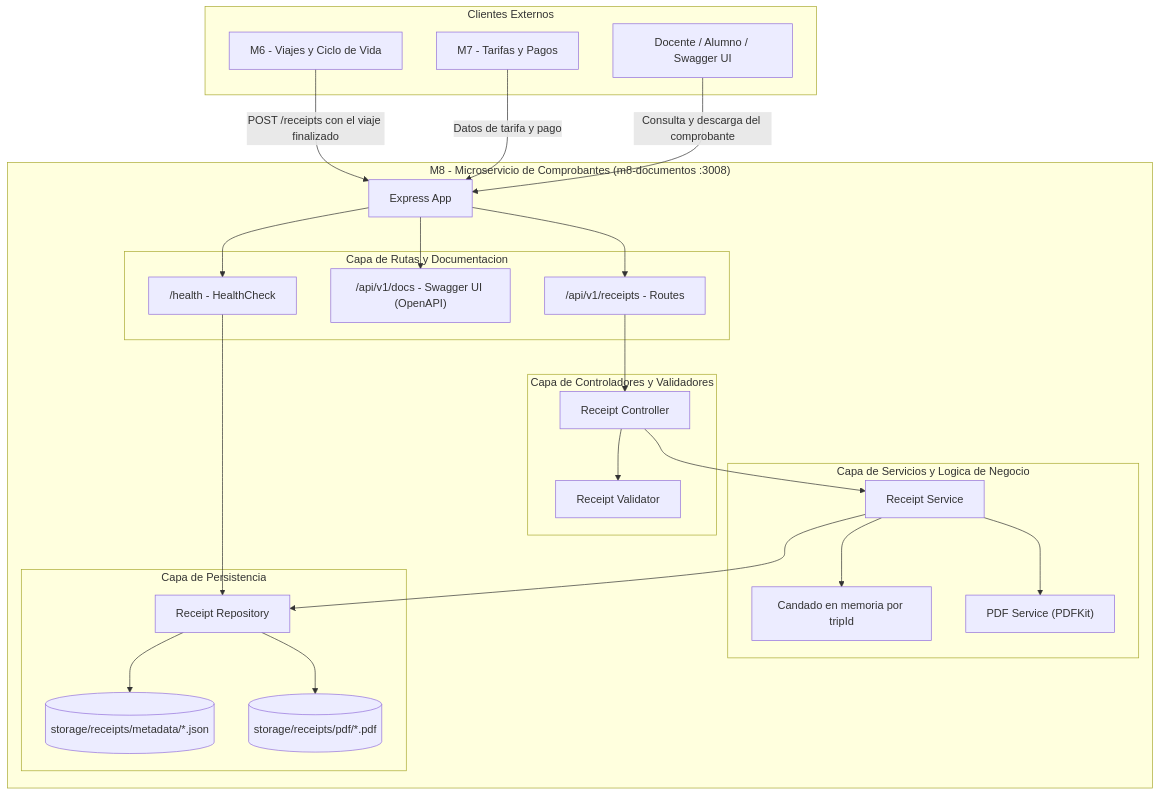
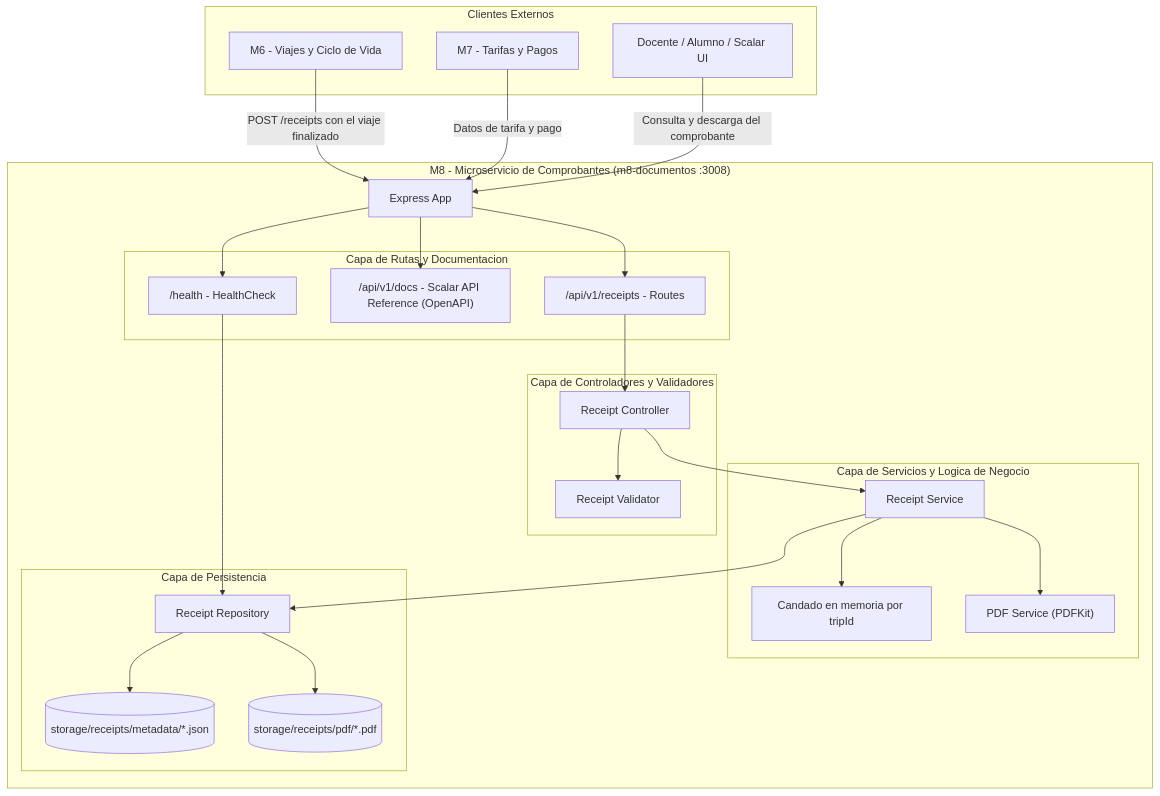
The first of 2 diagrams in m8-documentos/docs/arquitectura/componentes-m8.md (cuencadelplata/p3-ae1-2026), drawn with Mermaid before and after one commit. The commit also changed other lines of this file and 2 other files, not shown here.

Commit message:
doc:Modificando documentacion Swagger -> Scalar

````diff
--- a/m8-documentos/docs/arquitectura/componentes-m8.md
+++ b/m8-documentos/docs/arquitectura/componentes-m8.md
@@ -12,56 +12,56 @@
 ```mermaid
 graph TD
     subgraph EXT["Clientes Externos"]
         M6["M6 - Viajes y Ciclo de Vida"]
         M7["M7 - Tarifas y Pagos"]
-        DOC["Docente / Alumno / Swagger UI"]
+        DOC["Docente / Alumno / Scalar UI"]
     end
 
     subgraph M8["M8 - Microservicio de Comprobantes (m8-documentos :3008)"]
         HTTP["Express App"]
 
         subgraph RUTAS["Capa de Rutas y Documentacion"]
             R_REC["/api/v1/receipts - Routes"]
-            R_DOC["/api/v1/docs - Swagger UI (OpenAPI)"]
+            R_DOC["/api/v1/docs - Scalar API Reference (OpenAPI)"]
             R_HLT["/health - HealthCheck"]
         end
 
         subgraph CTRLS["Capa de Controladores y Validadores"]
             CTRL["Receipt Controller"]
             VAL["Receipt Validator"]
         end
 
         subgraph SRVS["Capa de Servicios y Logica de Negocio"]
             SRV["Receipt Service"]
             LOCK["Candado en memoria por tripId"]
             PDF_SRV["PDF Service (PDFKit)"]
         end
 
         subgraph PERS["Capa de Persistencia"]
             REPO["Receipt Repository"]
             FS_META[("storage/receipts/metadata/*.json")]
             FS_PDF[("storage/receipts/pdf/*.pdf")]
         end
     end
 
     M6 -->|"POST /receipts con el viaje finalizado"| HTTP
     M7 -->|"Datos de tarifa y pago"| HTTP
     DOC -->|"Consulta y descarga del comprobante"| HTTP
 
     HTTP --> R_REC
     HTTP --> R_DOC
     HTTP --> R_HLT
 
     R_REC --> CTRL
     CTRL --> VAL
     CTRL --> SRV
 
     SRV --> LOCK
     SRV --> PDF_SRV
     SRV --> REPO
 
     R_HLT --> REPO
 
     REPO --> FS_META
     REPO --> FS_PDF
 ```
````
